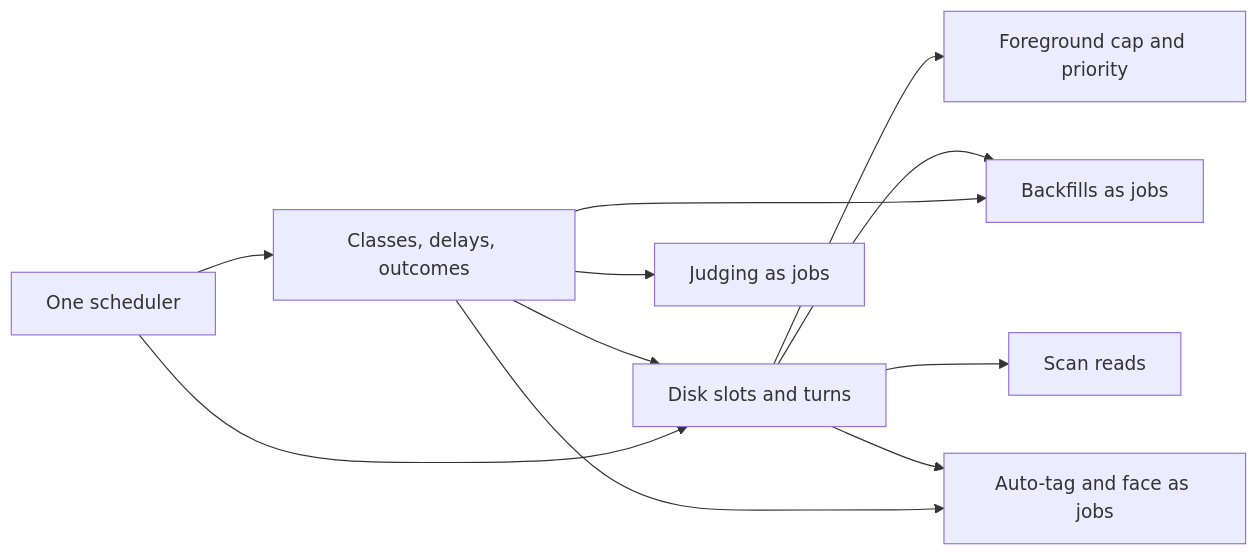
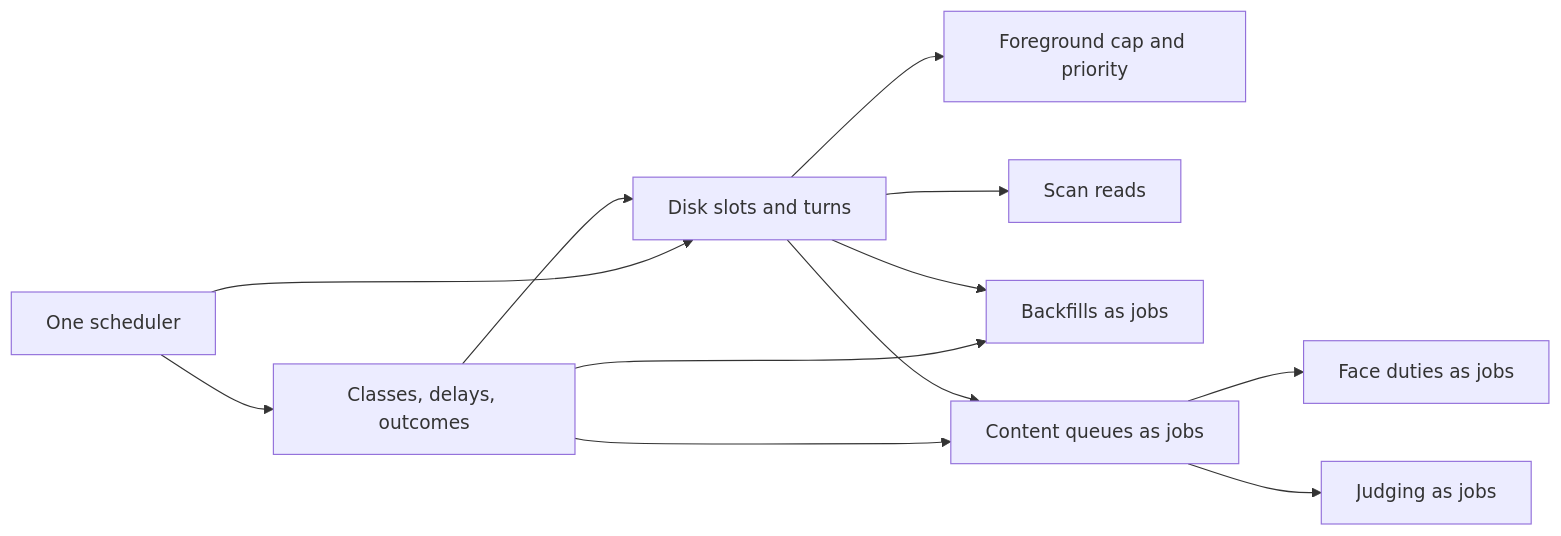
Before and after one commit to syudead/vv: the second of 2 diagrams in specs/068-media-scheduler/plan.md, drawn with Mermaid. The commit also changed other lines of this file and 3 other files, not shown here.

First line of the commit message:
docs(068): cover the face lane, judging limits and paused kinds

````diff
--- a/specs/068-media-scheduler/plan.md
+++ b/specs/068-media-scheduler/plan.md
@@ -122,13 +123,14 @@
 ```mermaid
 flowchart LR
   u1[One scheduler] --> u2[Classes, delays, outcomes]
   u1 --> u3[Disk slots and turns]
   u2 --> u3
   u3 --> u4[Foreground cap and priority]
   u3 --> u5[Scan reads]
   u2 --> u6[Backfills as jobs]
   u3 --> u6
-  u2 --> u7[Auto-tag and face as jobs]
+  u2 --> u7[Content queues as jobs]
   u3 --> u7
-  u2 --> u8[Judging as jobs]
+  u7 --> u8[Face duties as jobs]
+  u7 --> u9[Judging as jobs]
 ```
````
